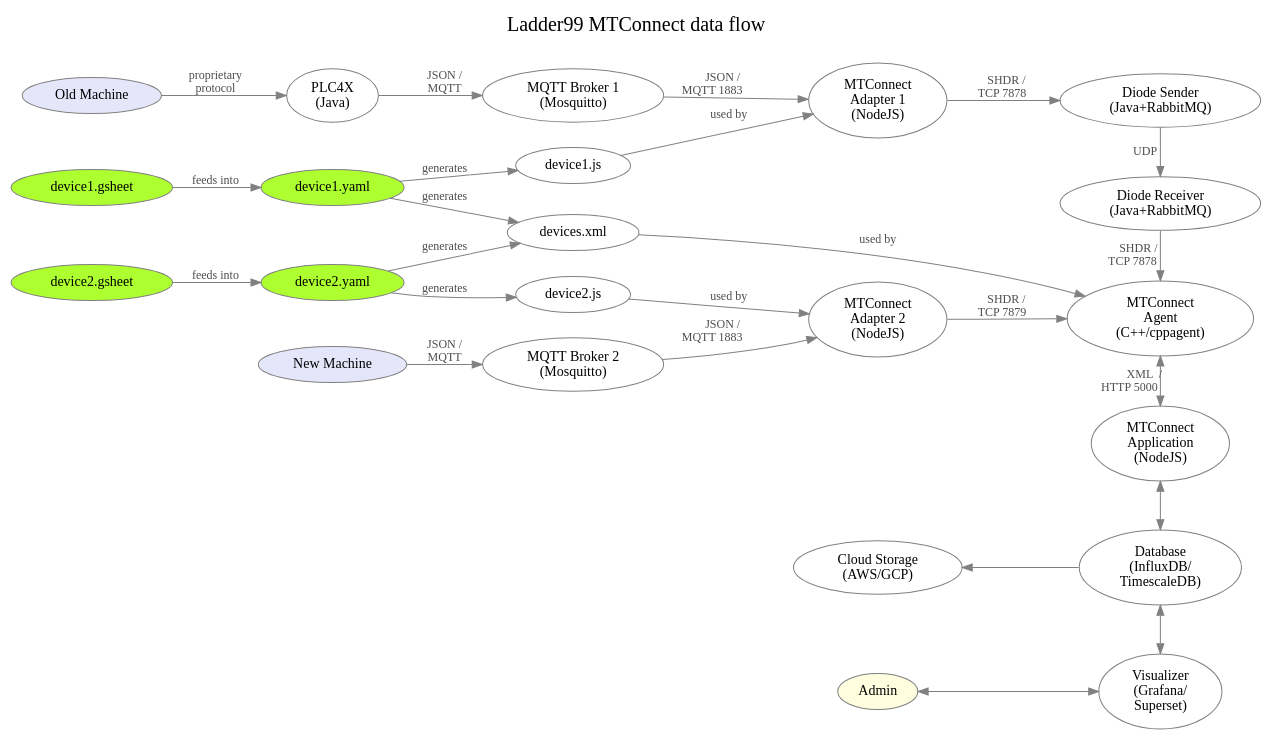
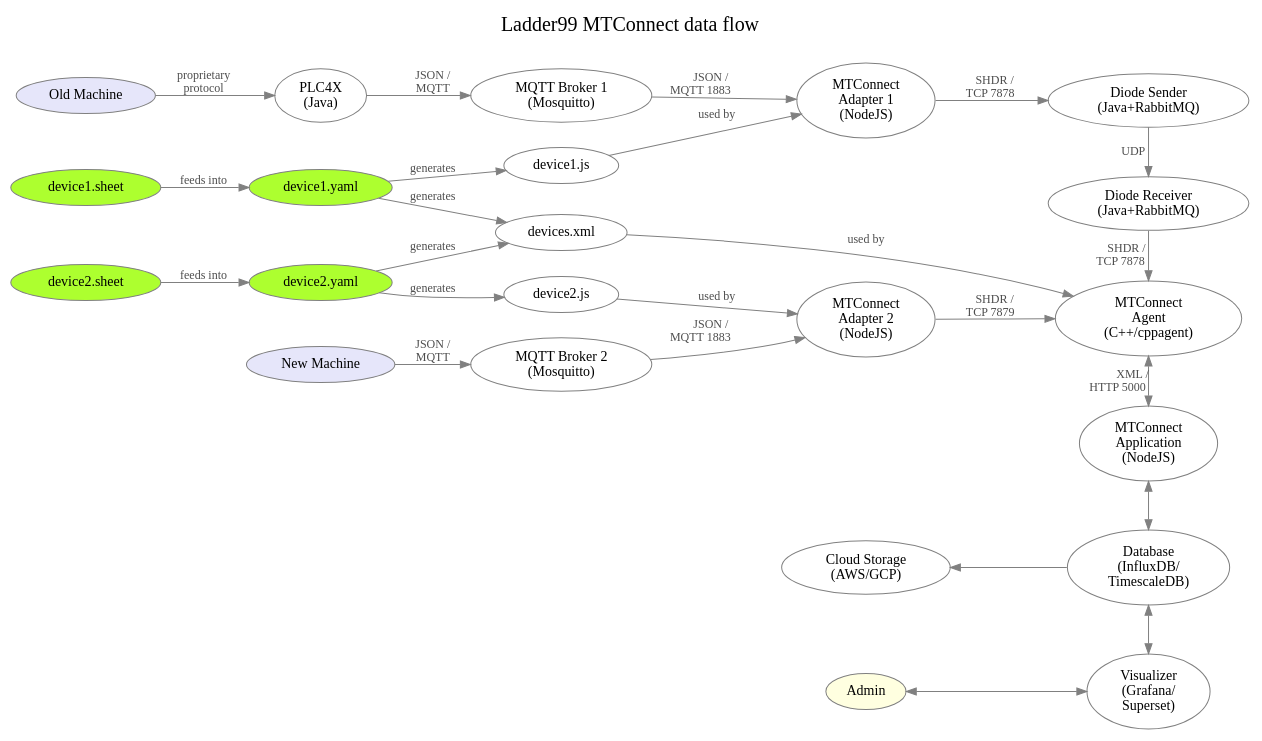
Before and after one commit to Ladder99/ladder99: the diagram in docs/architecture.dot, drawn with Graphviz.

```diff
--- a/docs/architecture.dot
+++ b/docs/architecture.dot
@@ -1,77 +1,77 @@
 digraph "ladder99-adapter" {
 
   // styles
   graph [ label="Ladder99 MTConnect data flow\n "; color=lightgray; ];
   graph [ fontsize=20 ];
   graph [ labelloc=t ];
   graph [ ranksep=0.2 ];
   graph [ nodesep=0.35 ];
   graph [ rankdir=LR; ] // left-to-right
   node [ color=gray; fillcolor=white; style=filled ];
   edge [ color=gray ];
   edge [ fontsize=12; fontcolor=gray30; ];
 
   // nodes
   OldMachine [ fillcolor=lavender; label="Old Machine" ];
   NewMachine [ fillcolor=lavender; label="New Machine" ];
   PLC4X [ label="PLC4X\n(Java)" ];
   Broker1 [ label="MQTT Broker 1\n(Mosquitto)" ];
   Broker2 [ label="MQTT Broker 2\n(Mosquitto)" ];
   Adapter1 [ label="MTConnect\nAdapter 1\n(NodeJS)" ];
   Adapter2 [ label="MTConnect\nAdapter 2\n(NodeJS)" ];
-  Device1Sheet [ fillcolor=greenyellow; label="device1.gsheet" ];
+  Device1Sheet [ fillcolor=greenyellow; label="device1.sheet" ];
   Device1Yaml [ fillcolor=greenyellow; label="device1.yaml" ];
   Device1Js [ label="device1.js" ];
-  Device2Sheet [ fillcolor=greenyellow; label="device2.gsheet" ];
+  Device2Sheet [ fillcolor=greenyellow; label="device2.sheet" ];
   Device2Yaml [ fillcolor=greenyellow; label="device2.yaml" ];
   Device2Js [ label="device2.js" ];
   DiodeSender [ label="Diode Sender\n(Java+RabbitMQ)" ];
   DiodeReceiver [ label="Diode Receiver\n(Java+RabbitMQ)" ];
   Agent [ label="MTConnect\nAgent\n(C++/cppagent)" ];
   DevicesXml [ label="devices.xml" ];
   Application [ label="MTConnect\nApplication\n(NodeJS)" ];
   Database [ label="Database\n(InfluxDB/\nTimescaleDB)" ];
   Visualizer [ label="Visualizer\n(Grafana/\nSuperset)" ];
   Cloud [ label="Cloud Storage\n(AWS/GCP)" ];
   Admin [ fillcolor=lightyellow ];
   // LOI [ label="LOI\n(SvelteJS)" ];
   // Operator [ fillcolor=lightyellow ];
 
   // edges
   OldMachine -> PLC4X [ label="proprietary\nprotocol" ];
   PLC4X -> Broker1 [ label="JSON / \nMQTT" ];
   NewMachine -> Broker2 [ label="JSON / \nMQTT" ];
   Broker1 -> Adapter1 [ label="JSON /    \nMQTT 1883           " ];
   Broker2 -> Adapter2 [ label="JSON /    \nMQTT 1883           " ];
   Adapter1 -> DiodeSender [ label="SHDR /   \nTCP 7878      " ];
   Adapter2 -> Agent [ label="SHDR /   \nTCP 7879      " ];
   Device1Sheet -> Device1Yaml [ label="feeds into" ];
   Device1Yaml -> Device1Js [ label="generates" ];
   Device1Js -> Adapter1 [ label="used by" ];
   Device2Sheet -> Device2Yaml [ label="feeds into" ];
   Device2Yaml -> Device2Js [ label="generates" ];
   Device2Js -> Adapter2 [ label="used by" ];
   Device1Yaml -> DevicesXml [ label="generates" ];
   Device2Yaml -> DevicesXml [ label="generates" ];
   DiodeSender -> DiodeReceiver [ label="UDP    " ];
   DiodeReceiver -> Agent [ label="SHDR /    \nTCP 7878        " ];
   // Adapter -> Agent [ label="SHDR/\nTCP 7878" ];
-  Agent -> Application [ dir=both; label="XML  /\nHTTP 5000          " ];
+  Agent -> Application [ dir=both; label="XML / \nHTTP 5000          " ];
   DevicesXml -> Agent [ label="used by" ];
   Application -> Database [ dir=both ];
   Database -> Visualizer [ dir=both ];
   Database -> Cloud;
   Visualizer -> Admin [ dir=both ];
   // Application -> LOI;
   // LOI -> Operator;
 
   // rank
   // { rank=same; OldMachine NewMachine };
   // { rank=same; Broker1 Broker2 Device1Yaml };
   // { rank=same; Device1Yaml DevicesXml };
   // { rank=same; PLC4X Broker Adapter DiodeSender DiodeReceiver Agent Application Database Visualizer };
   // { rank=same; Adapter1 Adapter2 DevicesXml };
   // { rank=same; DiodeSender DiodeReceiver Agent Application Database Visualizer };
   { rank=same; DiodeSender DiodeReceiver Agent Application Database Visualizer };
   { rank=same; Adapter1 Adapter2 Cloud Admin };
 }
```
